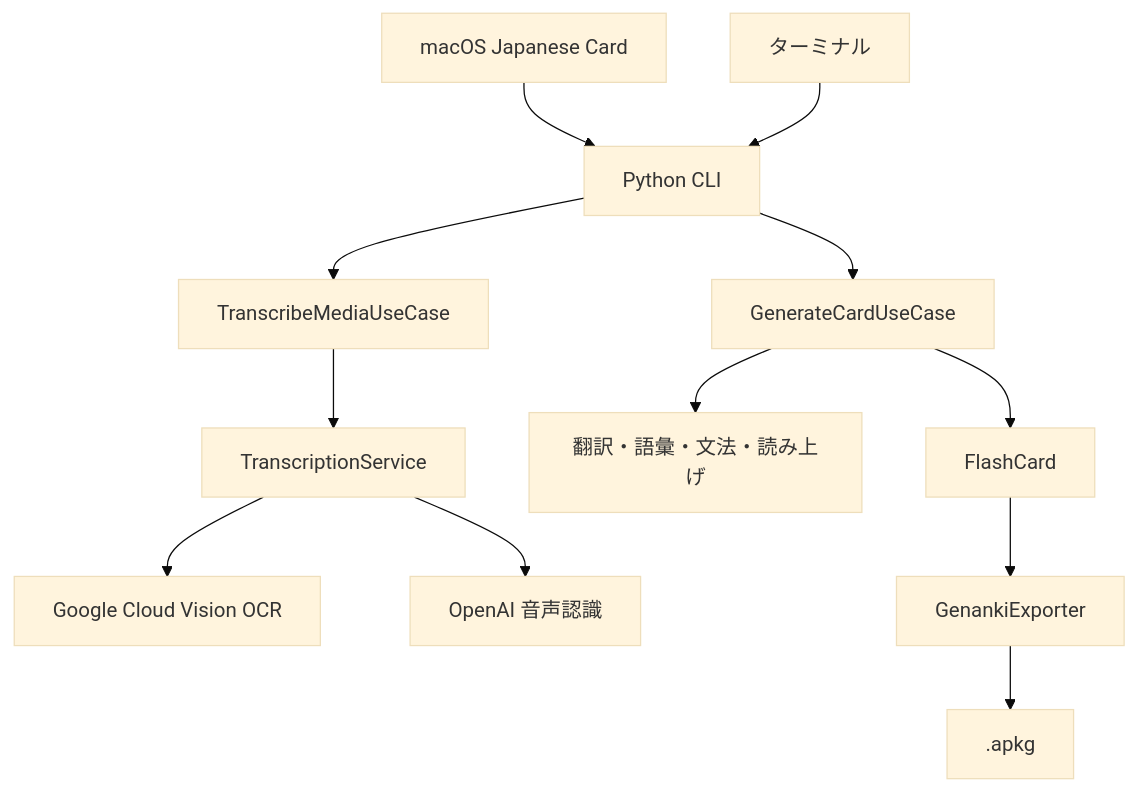
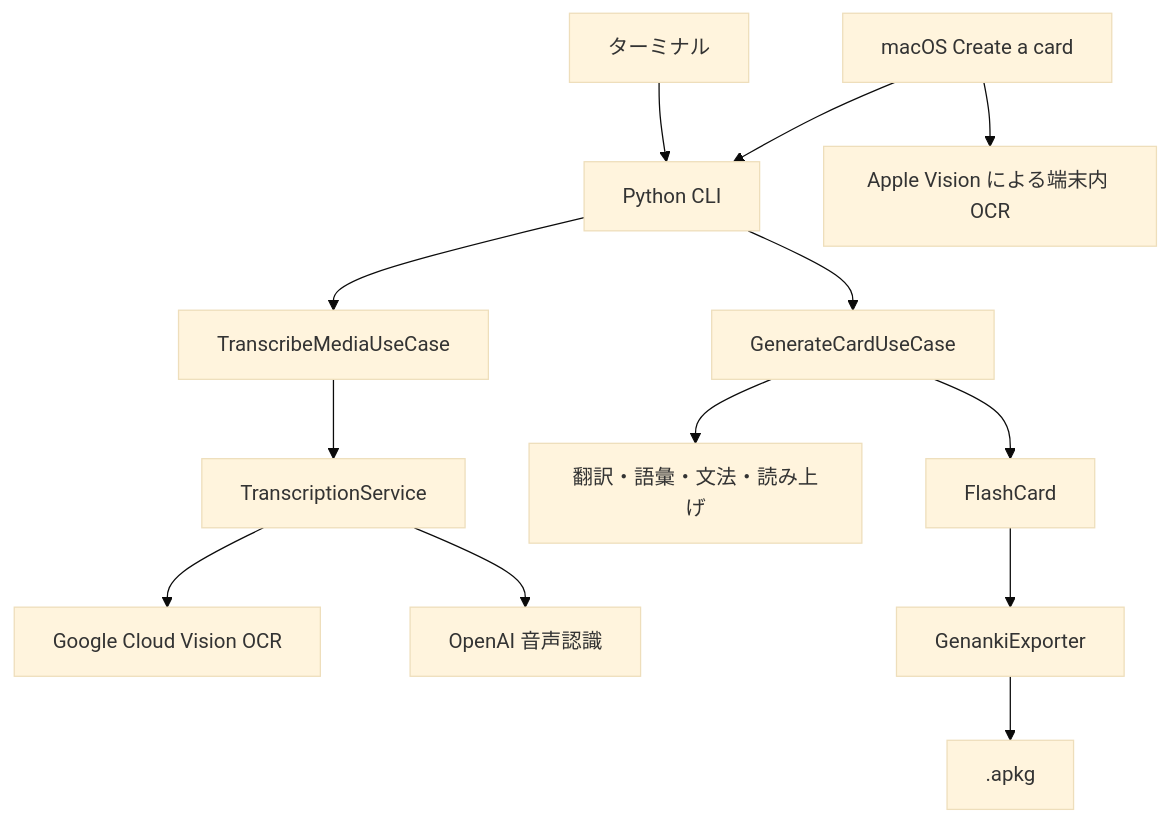
Before and after one commit to bordumb/learnit-anki: the second of 5 diagrams in docs/specs/japanese-card-intake.md, drawn with Mermaid (base theme). The commit also changed other lines of this file and 52 other files, not shown here.

First line of the commit message:
Build the macOS Japanese card creation and study workflow

````diff
--- a/docs/specs/japanese-card-intake.md
+++ b/docs/specs/japanese-card-intake.md
@@ -46,14 +46,15 @@
 ```mermaid
 flowchart TD
-    Mac["macOS Japanese Card"] --> CLI["Python CLI"]
+    Mac["macOS Create a card"] --> CLI["Python CLI"]
     Shell["ターミナル"] --> CLI
+    Mac --> Local["Apple Vision による端末内 OCR"]
     CLI --> Draft["TranscribeMediaUseCase"]
     CLI --> Generate["GenerateCardUseCase"]
     Draft --> Port["TranscriptionService"]
     Port --> Google["Google Cloud Vision OCR"]
     Port --> OpenAI["OpenAI 音声認識"]
     Generate --> Enrich["翻訳・語彙・文法・読み上げ"]
     Generate --> Card["FlashCard"]
     Card --> Export["GenankiExporter"]
     Export --> File[".apkg"]
 ```
````
